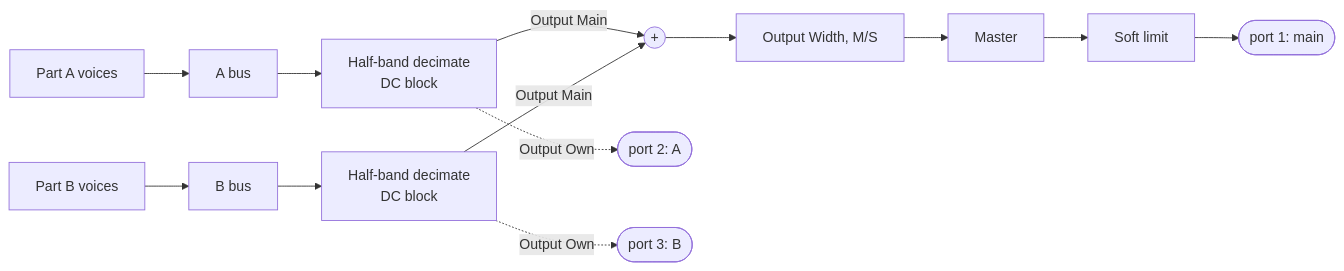
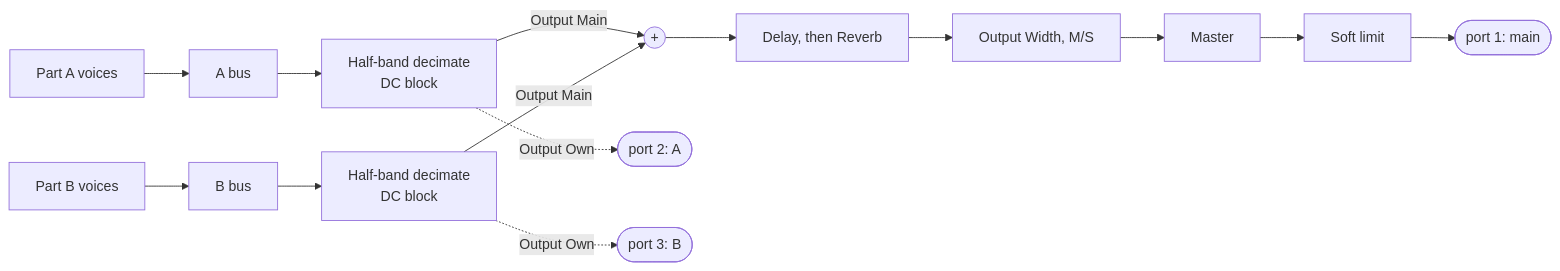
The second of 2 diagrams in plugins/jsynth/ARCHITECTURE.md (jeffmhopkins/Jclap), drawn with Mermaid before and after one commit. The commit also changed other lines of this file and 13 other files, not shown here.

First line of the commit message:
JSynth 0.13.0: JBreath's reverb and delay on the main output, shared through jclap::dsp

````diff
--- a/plugins/jsynth/ARCHITECTURE.md
+++ b/plugins/jsynth/ARCHITECTURE.md
@@ -77,10 +77,10 @@
 ```mermaid
 flowchart LR
     A[Part A voices] --> BA[A bus] --> DA[Half-band decimate<br/>DC block]
     B[Part B voices] --> BB[B bus] --> DB[Half-band decimate<br/>DC block]
     DA -->|Output Main| MAIN((+))
     DB -->|Output Main| MAIN
     DA -.->|Output Own| PA([port 2: A])
     DB -.->|Output Own| PB([port 3: B])
-    MAIN --> W[Output Width, M/S] --> M[Master] --> L[Soft limit] --> OUT([port 1: main])
+    MAIN --> FX[Delay, then Reverb] --> W[Output Width, M/S] --> M[Master] --> L[Soft limit] --> OUT([port 1: main])
 ```
````
